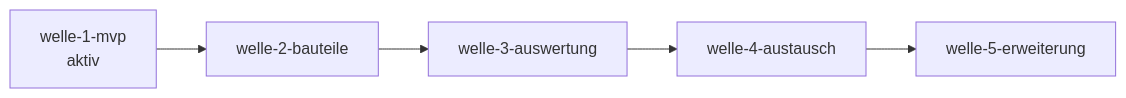
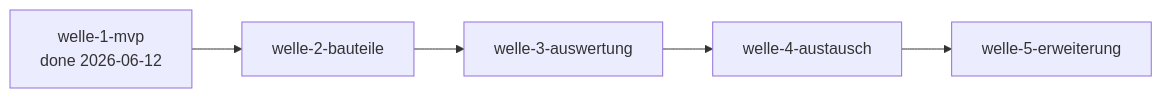
One commit to pt9912/b-cad changed the diagram in docs/plan/planning/in-progress/roadmap.md. Above: the diagram before and after it, drawn with Mermaid. The commit also changed other lines of this file and 1 other file, not shown here.

First line of the commit message:
docs(plan): welle-1-mvp closen — welle-1-results.md + Roadmap-Umbuchung

````diff
--- a/docs/plan/planning/in-progress/roadmap.md
+++ b/docs/plan/planning/in-progress/roadmap.md
@@ -66,10 +44,10 @@
 ```mermaid
 flowchart LR
-    W1[welle-1-mvp<br/>aktiv]
+    W1[welle-1-mvp<br/>done 2026-06-12]
     W2[welle-2-bauteile]
     W3[welle-3-auswertung]
     W4[welle-4-austausch]
     W5[welle-5-erweiterung]
 
     W1 --> W2 --> W3 --> W4 --> W5
 ```
````
